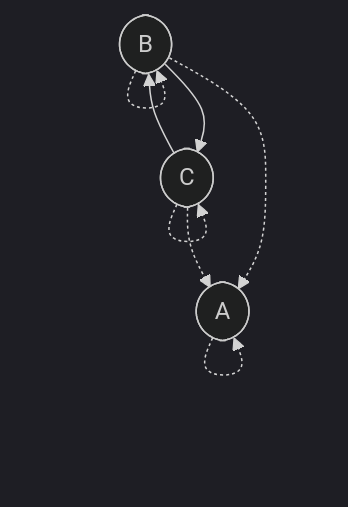
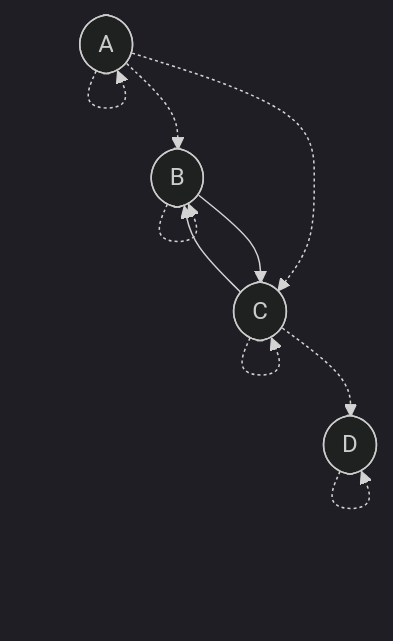
One commit to stepchowfun/proofs changed the sixth of 9 diagrams in proofs/AdmissibilityGraph/README.md. Above: the diagram before and after it, drawn with Mermaid (dark theme). The commit also changed other lines of this file, not shown here.

Commit message:
Replace the examples in the admissibility graph development

````diff
--- a/proofs/AdmissibilityGraph/README.md
+++ b/proofs/AdmissibilityGraph/README.md
@@ -240,15 +141,19 @@
 ```mermaid
 flowchart TD
   a([A])
   b([B])
   c([C])
+  d([D])
 
   a -.-> a
   b -.-> b
   c -.-> c
-  b -.-> a
-  c -.-> a
+  d -.-> d
+
+  a -.-> b
+  a -.-> c
+  c -.-> d
 
   b --> c
   c --> b
 ```
````
